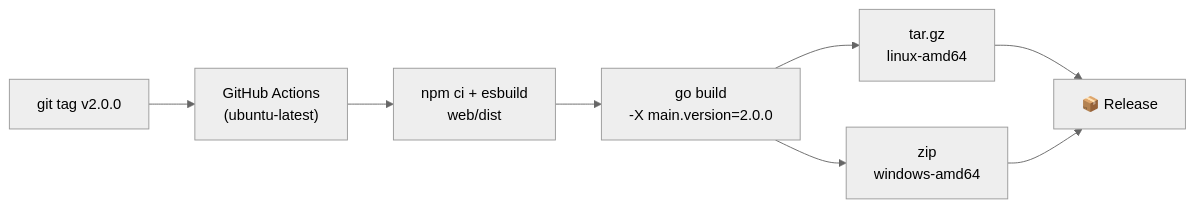
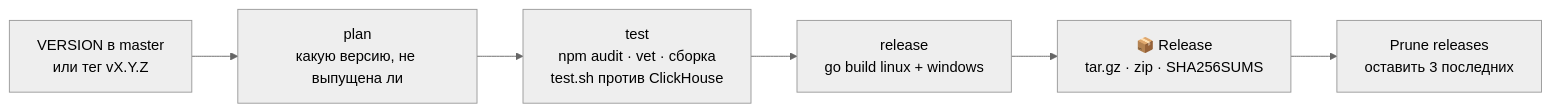
Before and after one commit to akprof2000/ClickHouse-Show-Polygons: the eighth of 8 diagrams in README.md, drawn with Mermaid (neutral theme). The commit also changed other lines of this file and 4 other files, not shown here.

First line of the commit message:
CI и релизы: тесты против ClickHouse в Actions, релиз по смене VERSION

````diff
--- a/README.md
+++ b/README.md
@@ -580,10 +583,8 @@
 ```mermaid
 flowchart LR
-    T["git tag v2.0.0"] --> W["GitHub Actions<br/>(ubuntu-latest)"]
-    W --> N["npm ci + esbuild<br/>web/dist"]
-    N --> G["go build<br/>-X main.version=2.0.0"]
-    G --> L["tar.gz<br/>linux-amd64"]
-    G --> Z["zip<br/>windows-amd64"]
-    L --> R["📦 Release"]
-    Z --> R
+    V["VERSION в master<br/>или тег vX.Y.Z"] --> P["plan<br/>какую версию, не выпущена ли"]
+    P --> T["test<br/>npm audit · vet · сборка<br/>test.sh против ClickHouse"]
+    T --> B["release<br/>go build linux + windows"]
+    B --> R["📦 Release<br/>tar.gz · zip · SHA256SUMS"]
+    R --> X["Prune releases<br/>оставить 3 последних"]
 ```
````
